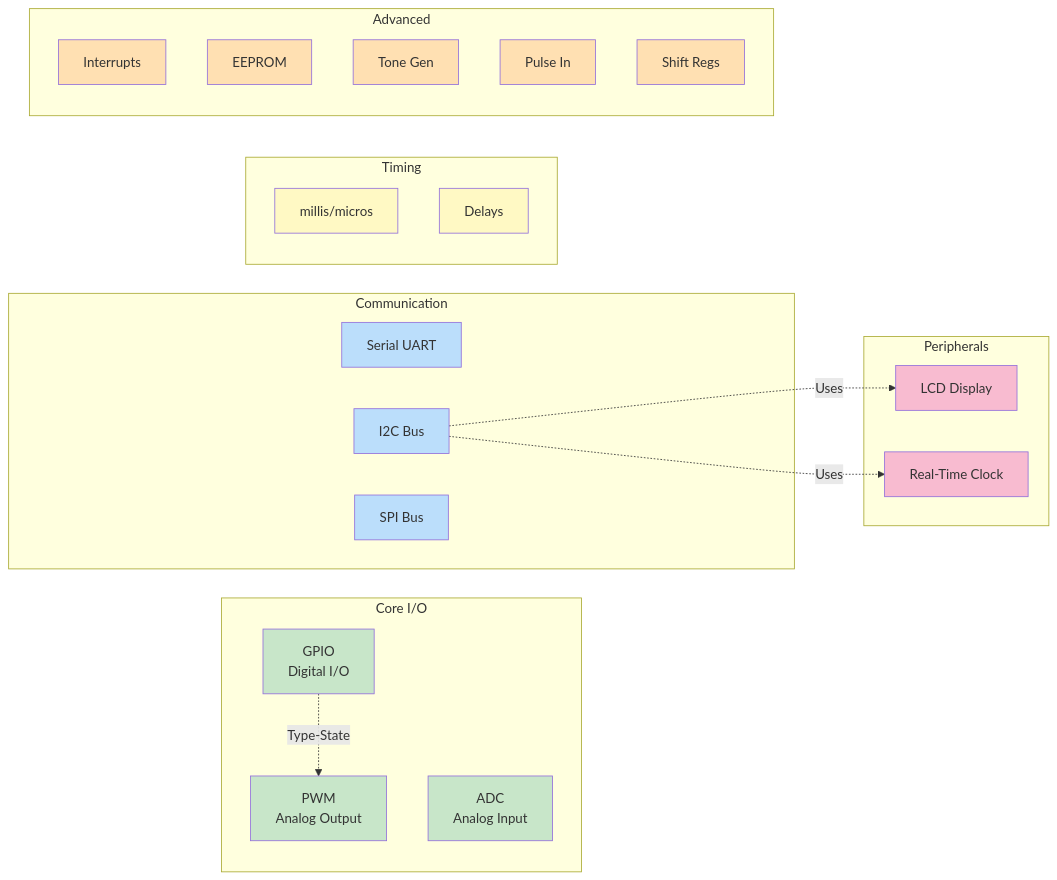
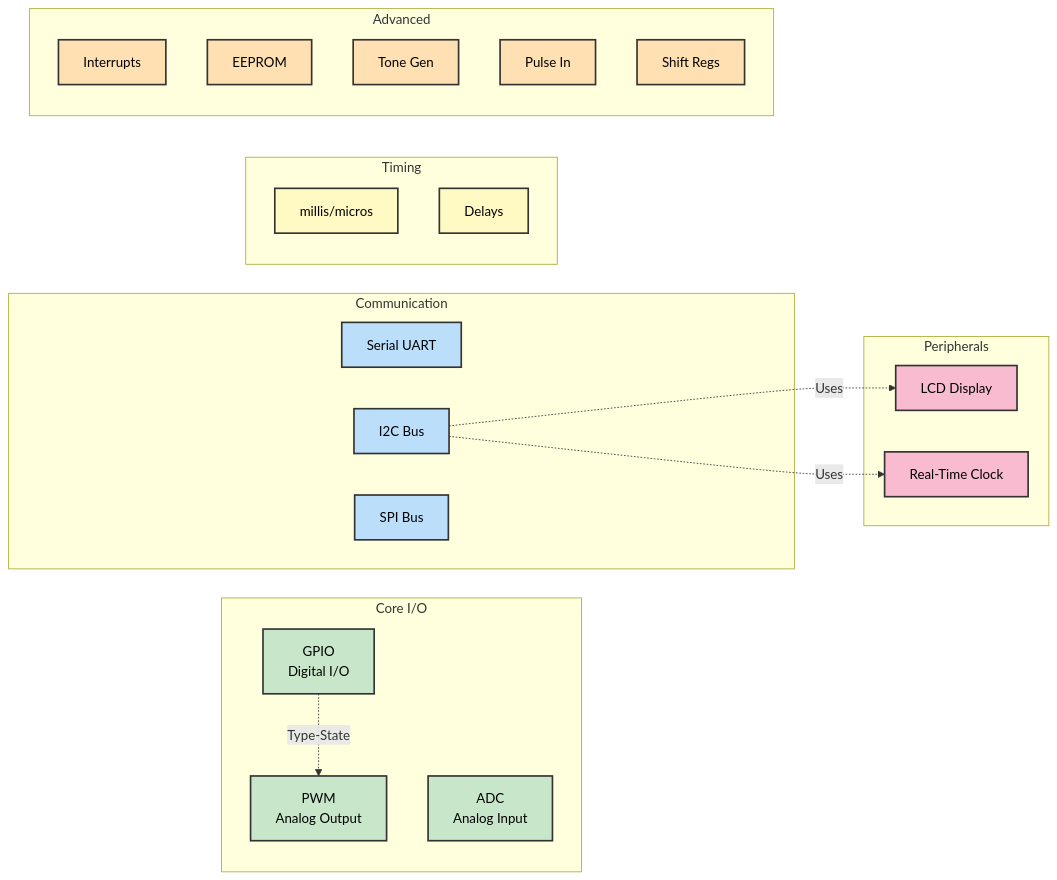
One commit to ScopeCreep-zip/ossidata changed the third of 3 diagrams in README.md. Above: the diagram before and after it, drawn with Mermaid. The commit also changed other lines of this file and 4 other files, not shown here.

Commit message:
Update to mermaid diagrams to be more readable

````diff
--- a/README.md
+++ b/README.md
@@ -504,52 +538,52 @@
 ```mermaid
 graph LR
     subgraph "Core I/O"
         GPIO[GPIO<br/>Digital I/O]
         PWM[PWM<br/>Analog Output]
         ADC[ADC<br/>Analog Input]
     end
 
     subgraph "Communication"
         UART[Serial UART]
         I2C[I2C Bus]
         SPI[SPI Bus]
     end
 
     subgraph "Peripherals"
         LCD[LCD Display]
         RTC[Real-Time Clock]
     end
 
     subgraph "Timing"
         MILLIS[millis/micros]
         DELAY[Delays]
     end
 
     subgraph "Advanced"
         INT[Interrupts]
         EEPROM[EEPROM]
         TONE[Tone Gen]
         PULSE[Pulse In]
         SHIFT[Shift Regs]
     end
 
     GPIO -.->|"Type-State"| PWM
     I2C -.->|"Uses"| LCD
     I2C -.->|"Uses"| RTC
 
-    style GPIO fill:#c8e6c9
-    style PWM fill:#c8e6c9
-    style ADC fill:#c8e6c9
-    style UART fill:#bbdefb
-    style I2C fill:#bbdefb
-    style SPI fill:#bbdefb
-    style LCD fill:#f8bbd0
-    style RTC fill:#f8bbd0
-    style MILLIS fill:#fff9c4
-    style DELAY fill:#fff9c4
-    style INT fill:#ffe0b2
-    style EEPROM fill:#ffe0b2
-    style TONE fill:#ffe0b2
-    style PULSE fill:#ffe0b2
-    style SHIFT fill:#ffe0b2
+    style GPIO fill:#c8e6c9,stroke:#333,stroke-width:2px,color:#000
+    style PWM fill:#c8e6c9,stroke:#333,stroke-width:2px,color:#000
+    style ADC fill:#c8e6c9,stroke:#333,stroke-width:2px,color:#000
+    style UART fill:#bbdefb,stroke:#333,stroke-width:2px,color:#000
+    style I2C fill:#bbdefb,stroke:#333,stroke-width:2px,color:#000
+    style SPI fill:#bbdefb,stroke:#333,stroke-width:2px,color:#000
+    style LCD fill:#f8bbd0,stroke:#333,stroke-width:2px,color:#000
+    style RTC fill:#f8bbd0,stroke:#333,stroke-width:2px,color:#000
+    style MILLIS fill:#fff9c4,stroke:#333,stroke-width:2px,color:#000
+    style DELAY fill:#fff9c4,stroke:#333,stroke-width:2px,color:#000
+    style INT fill:#ffe0b2,stroke:#333,stroke-width:2px,color:#000
+    style EEPROM fill:#ffe0b2,stroke:#333,stroke-width:2px,color:#000
+    style TONE fill:#ffe0b2,stroke:#333,stroke-width:2px,color:#000
+    style PULSE fill:#ffe0b2,stroke:#333,stroke-width:2px,color:#000
+    style SHIFT fill:#ffe0b2,stroke:#333,stroke-width:2px,color:#000
 ```
````
